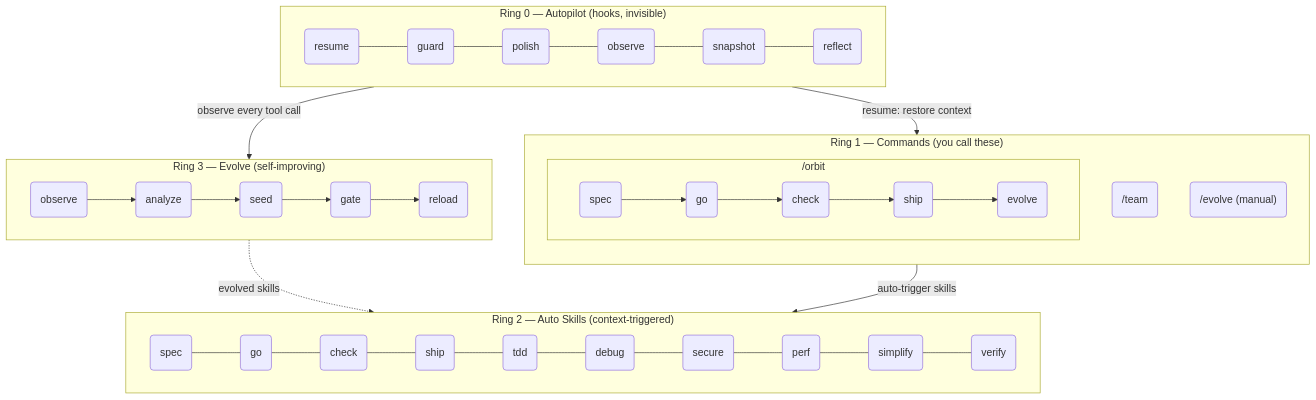
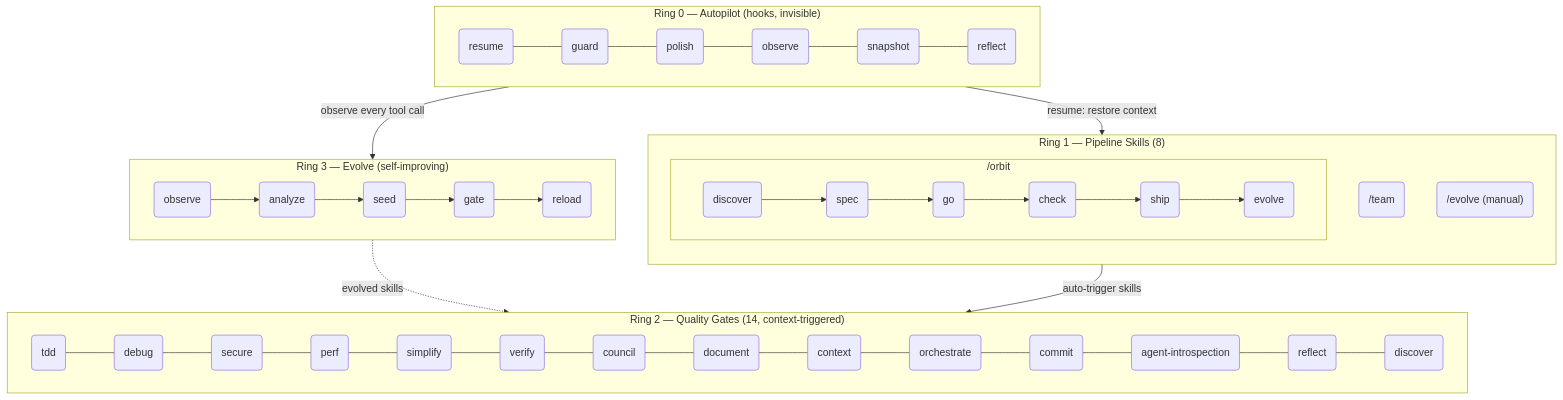
One commit to epicsagas/epic-harness changed the second of 2 diagrams in i18n/es/README.md. Above: the diagram before and after it, drawn with Mermaid. The commit also changed other lines of this file and 24 other files, not shown here.

First line of the commit message:
refactor: unify commands into skills (v0.4.4)

````diff
--- a/i18n/es/README.md
+++ b/i18n/es/README.md
@@ -422,32 +424,32 @@
 ```mermaid
 flowchart TB
     subgraph R0["Ring 0 — Autopilot (hooks, invisible)"]
         direction LR
         h1(resume) --- h2(guard) --- h3(polish) --- h4(observe) --- h5(snapshot) --- h6(reflect)
     end
 
-    subgraph R1["Ring 1 — Commands (you call these)"]
+    subgraph R1["Ring 1 — Pipeline Skills (8)"]
         direction TB
         subgraph orbit_wrap["  /orbit  "]
             direction LR
-            c1("spec") --> c2("go") --> c3("check") --> c4("ship") --> c5("evolve")
+            c1("discover") --> c2("spec") --> c3("go") --> c4("check") --> c5("ship") --> c6("evolve")
         end
-        c6("/team")
-        c7("/evolve (manual)")
+        c7("/team")
+        c8("/evolve (manual)")
     end
 
-    subgraph R2["Ring 2 — Auto Skills (context-triggered)"]
+    subgraph R2["Ring 2 — Quality Gates (14, context-triggered)"]
         direction LR
-        s1(spec) --- s2(go) --- s3(check) --- s4(ship) --- s5(tdd) --- s6(debug) --- s7(secure) --- s8(perf) --- s9(simplify) --- s10(verify)
+        s1(tdd) --- s2(debug) --- s3(secure) --- s4(perf) --- s5(simplify) --- s6(verify) --- s7(council) --- s8(document) --- s9(context) --- s10(orchestrate) --- s11(commit) --- s12(agent-introspection) --- s13(reflect) --- s14(discover)
     end
 
     subgraph R3["Ring 3 — Evolve (self-improving)"]
         direction LR
         e1(observe) --> e2(analyze) --> e3(seed) --> e4(gate) --> e5(reload)
     end
 
     R0 -->|"observe every tool call"| R3
     R3 -.->|"evolved skills"| R2
     R1 -->|"auto-trigger skills"| R2
     R0 -->|"resume: restore context"| R1
 ```
````
